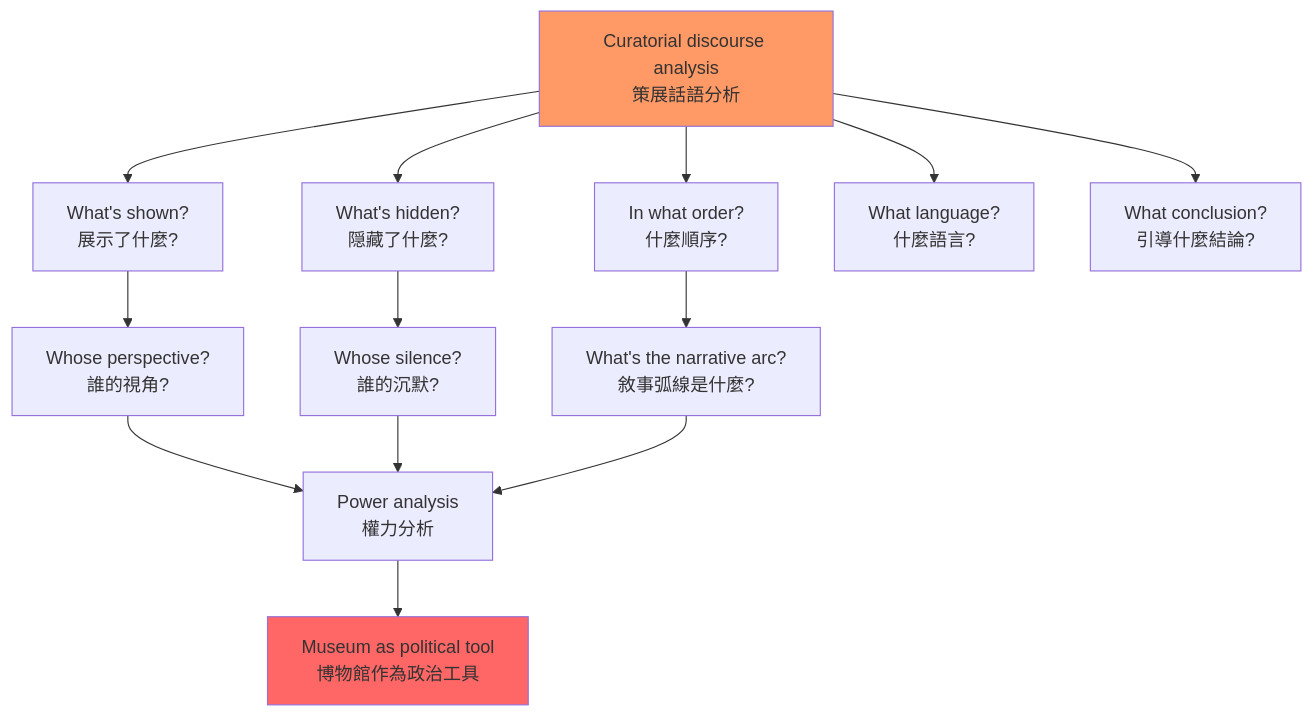
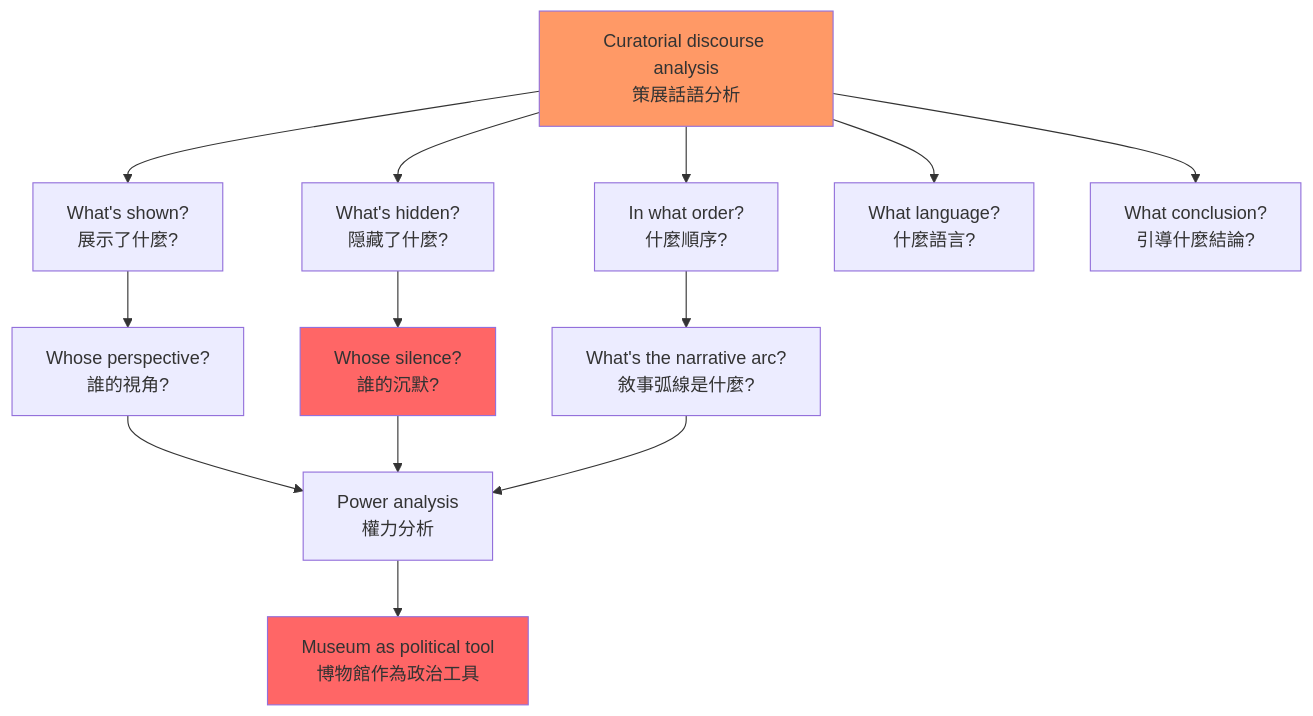
One commit to yip-lgtm/HKU-Harvard-History-Self-Study changed the first of 5 diagrams in 01_HKU_Courses/HIST4033_Museum_and_History.md. Above: the diagram before and after it, drawn with Mermaid. The commit also changed other lines of this file and 22 other files, not shown here.

````diff
--- a/01_HKU_Courses/HIST4033_Museum_and_History.md
+++ b/01_HKU_Courses/HIST4033_Museum_and_History.md
@@ -96,20 +163,21 @@
 ```mermaid
 flowchart TD
     A[Curatorial discourse analysis<br/>策展話語分析] --> B[What's shown?<br/>展示了什麼?]
     A --> C[What's hidden?<br/>隠藏了什麼?]
     A --> D[In what order?<br/>什麼順序?]
     A --> E[What language?<br/>什麼語言?]
     A --> F[What conclusion?<br/>引導什麼結論?]
     
     B --> G[Whose perspective?<br/>誰的視角?]
     C --> H[Whose silence?<br/>誰的沉默?]
     D --> I[What's the narrative arc?<br/>敘事弧線是什麼?]
     
     G --> J[Power analysis<br/>權力分析]
     H --> J
     I --> J
     J --> K[Museum as political tool<br/>博物館作為政治工具]
     
     style A fill:#f96
     style K fill:#f66
+    style H fill:#f66
 ```
````
